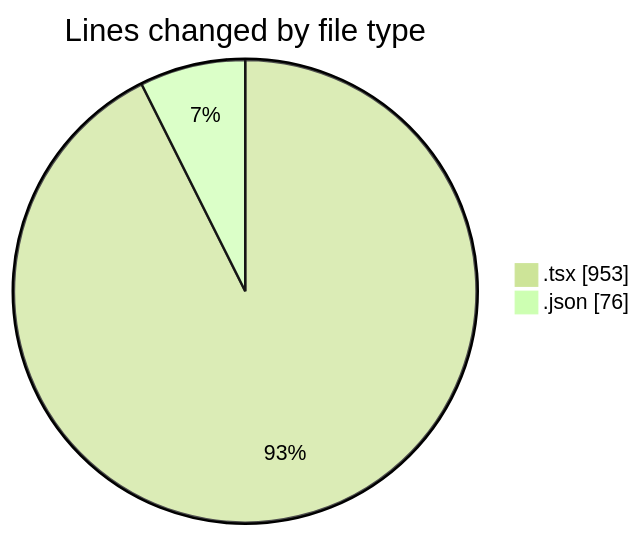
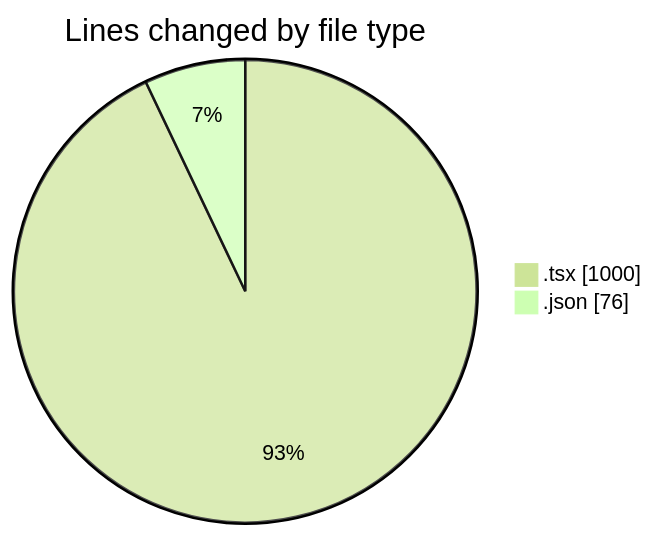
One commit to nxtqubesakshisongat/code-tracking changed the first of 2 diagrams in 2026-01-30/nxtqube_webapp/README.md. Above: the diagram before and after it, drawn with Mermaid (forest theme). The commit also changed other lines of this file and 1 other file, not shown here.

````diff
--- a/2026-01-30/nxtqube_webapp/README.md
+++ b/2026-01-30/nxtqube_webapp/README.md
@@ -23,6 +23,6 @@
 ```mermaid
 pie showData
 title Lines changed by file type
-".tsx" : 953
+".tsx" : 1000
 ".json" : 76
 ```
````
